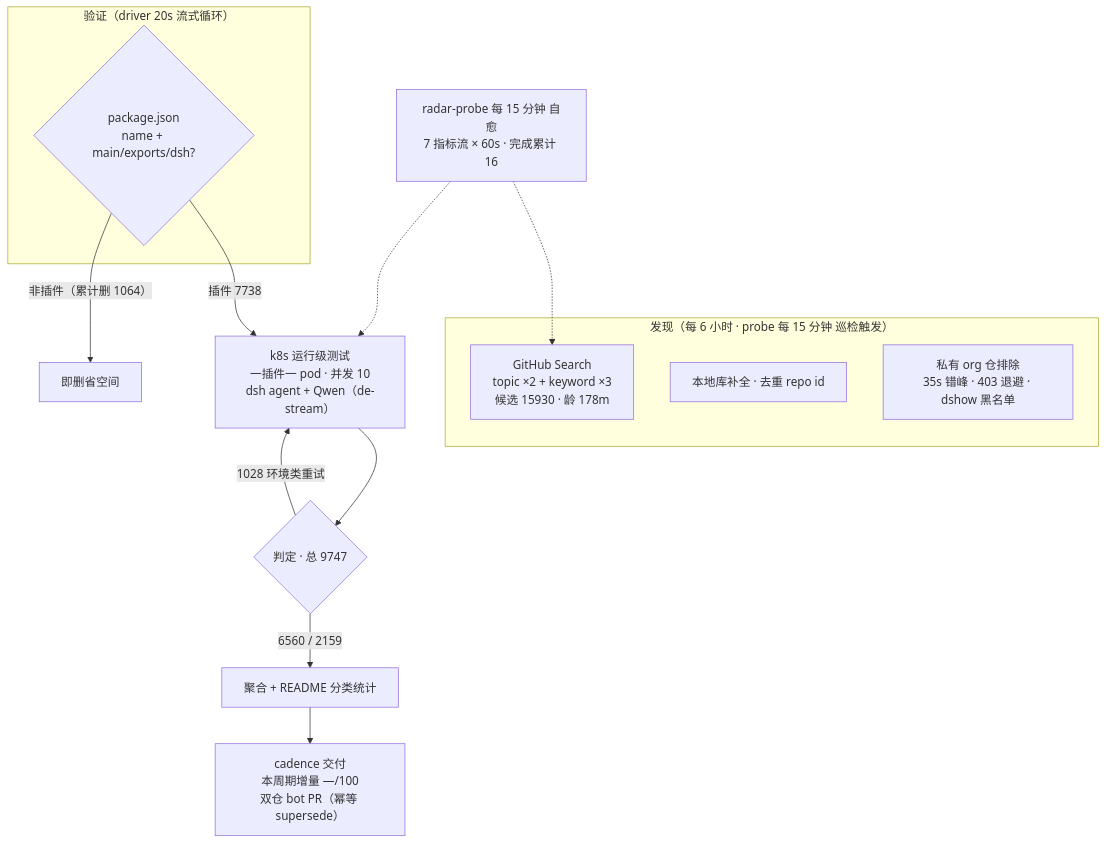
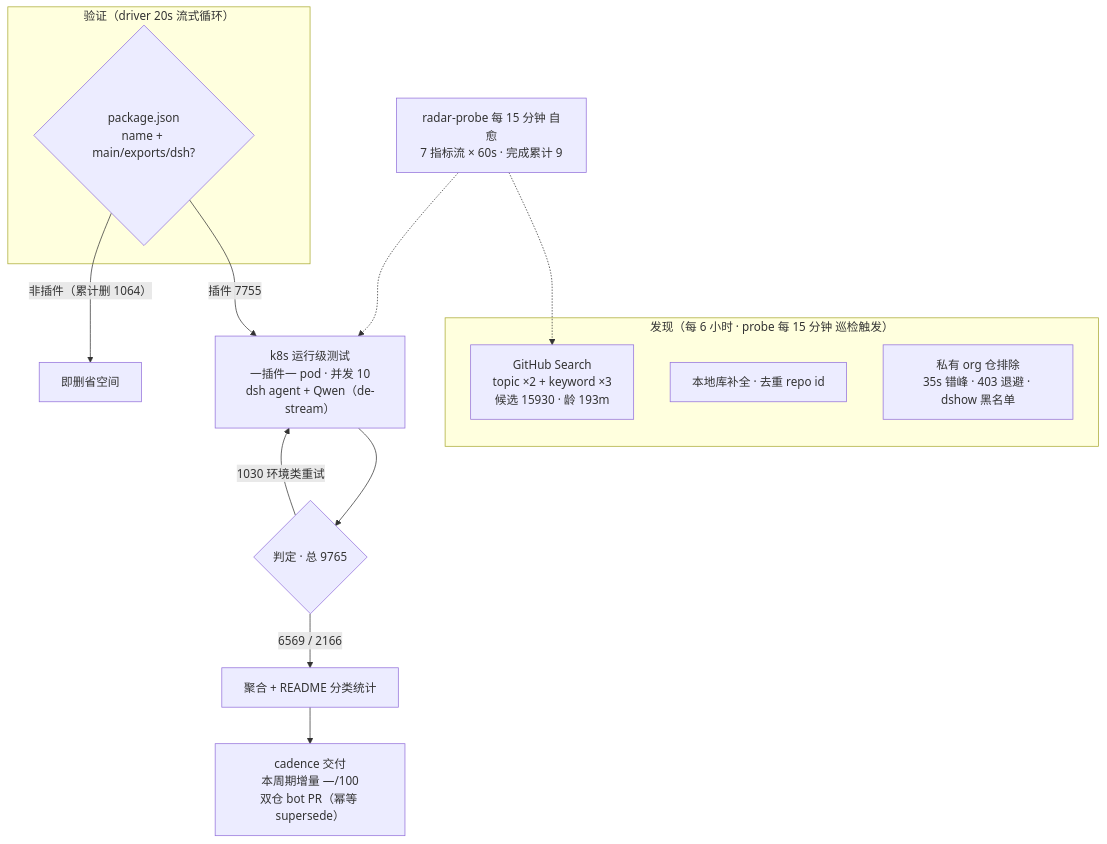
Before and after one commit to Zhidao-Lab-OSS/awesome-dsh-plugins: the diagram in README.md, drawn with Mermaid. The commit also changed other lines of this file and 1 other file, not shown here.

````diff
--- a/README.md
+++ b/README.md
@@ -37,20 +37,20 @@
 ```mermaid
 flowchart TB
     subgraph Discovery["发现（每 6 小时 · probe 每 15 分钟 巡检触发）"]
-        A1["GitHub Search<br/>topic ×2 + keyword ×3<br/>候选 15930 · 龄 178m"]
+        A1["GitHub Search<br/>topic ×2 + keyword ×3<br/>候选 15930 · 龄 193m"]
         A2["本地库补全 · 去重 repo id"]
         A3["私有 org 仓排除<br/>35s 错峰 · 403 退避 · dshow 黑名单"]
     end
     subgraph Validation["验证（driver 20s 流式循环）"]
         B1{"package.json<br/>name + main/exports/dsh?"}
     end
-    B1 -->|"插件 7738"| C1["k8s 运行级测试<br/>一插件一 pod · 并发 10<br/>dsh agent + Qwen（de-stream）"]
+    B1 -->|"插件 7755"| C1["k8s 运行级测试<br/>一插件一 pod · 并发 10<br/>dsh agent + Qwen（de-stream）"]
     B1 -->|"非插件（累计删 1064）"| B3["即删省空间"]
-    C1 --> D1{"判定 · 总 9747"}
-    D1 -->|"6560 / 2159"| E1["聚合 + README 分类统计"]
-    D1 -->|"1028 环境类重试"| C1
+    C1 --> D1{"判定 · 总 9765"}
+    D1 -->|"6569 / 2166"| E1["聚合 + README 分类统计"]
+    D1 -->|"1030 环境类重试"| C1
     E1 --> E2["cadence 交付<br/>本周期增量 —/100<br/>双仓 bot PR（幂等 supersede）"]
-    M["radar-probe 每 15 分钟 自愈<br/>7 指标流 × 60s · 完成累计 16"]
+    M["radar-probe 每 15 分钟 自愈<br/>7 指标流 × 60s · 完成累计 9"]
     M -.-> A1
     M -.-> C1
 ```
````
